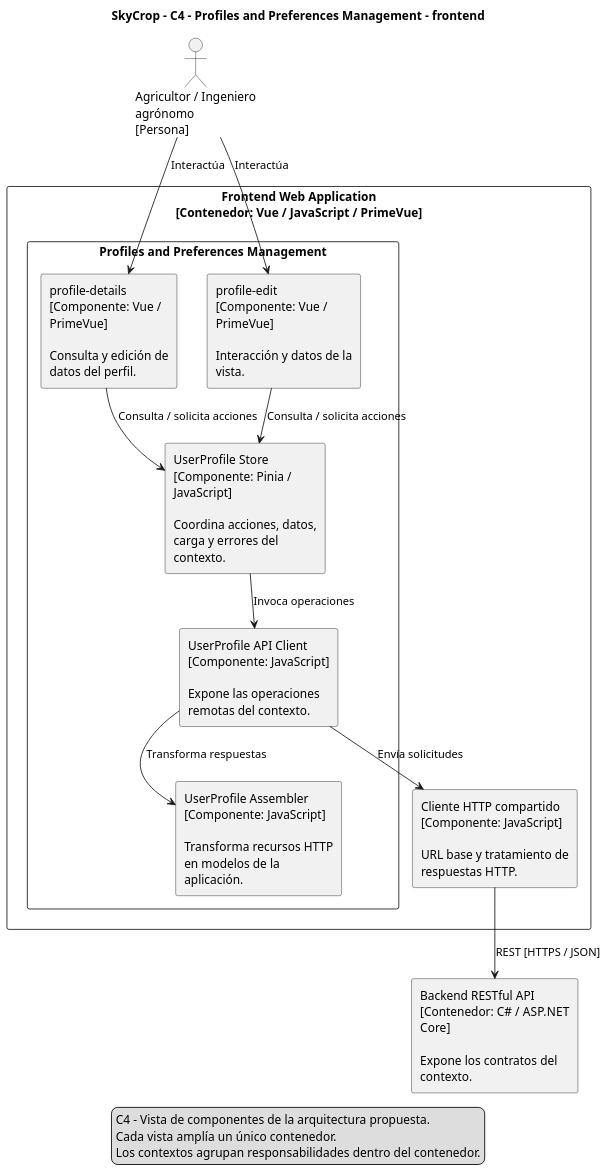
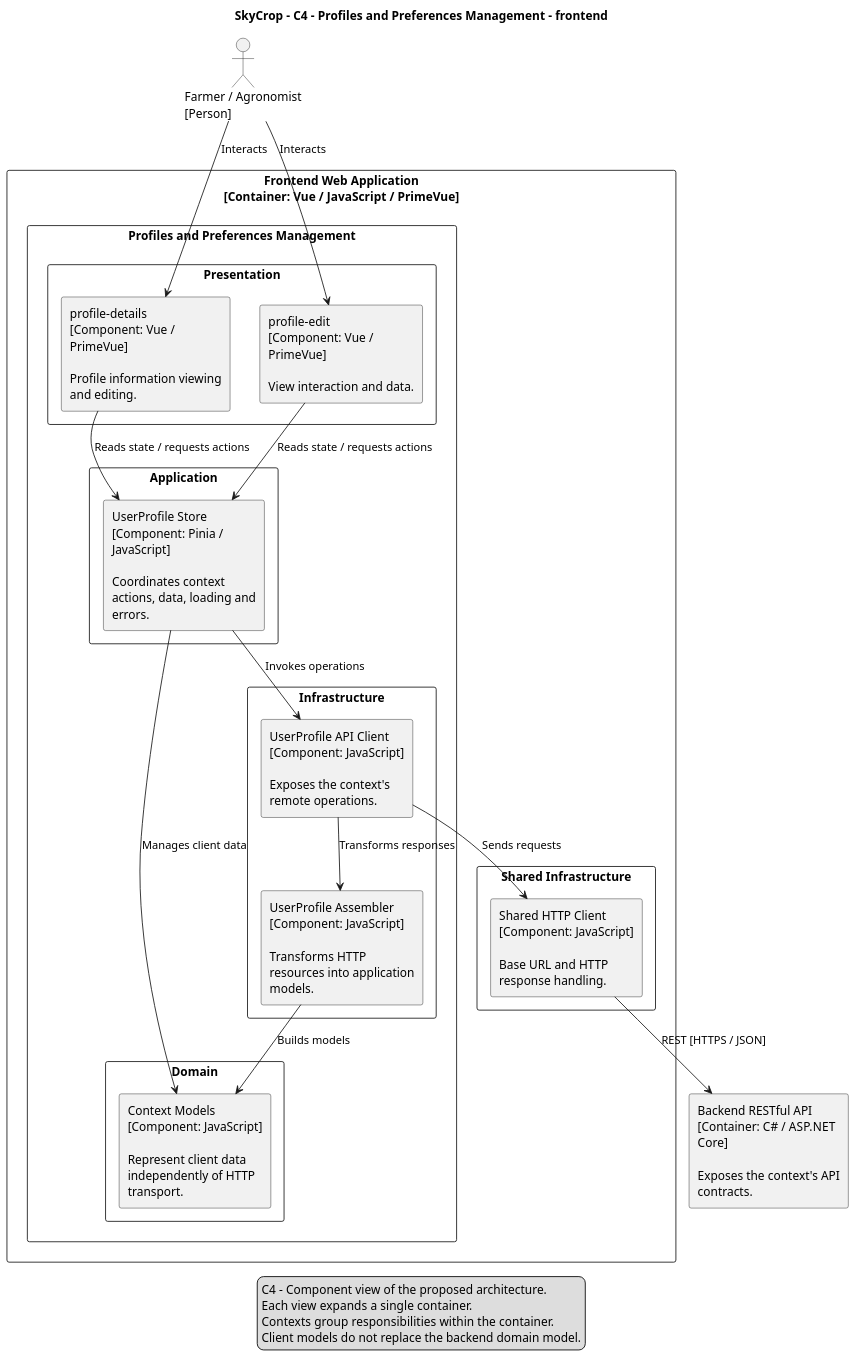
One commit to upc-GreenTech/skycrop-report changed the diagram in resources/imgs/Software Architecture Diagram/contexts/profiles-frontend-components.puml. Above: the diagram before and after it, drawn with PlantUML. The commit also changed 36 other files, not shown here.

Commit message:
feature: organize component diagrams by layer and translate all labels into english.

```diff
--- a/resources/imgs/Software Architecture Diagram/contexts/profiles-frontend-components.puml
+++ b/resources/imgs/Software Architecture Diagram/contexts/profiles-frontend-components.puml
@@ -1,37 +1,51 @@
 @startuml
 skinparam monochrome true
 skinparam shadowing false
 skinparam dpi 120
 skinparam defaultFontName SansSerif
 skinparam componentStyle rectangle
 skinparam wrapWidth 180
 skinparam nodesep 35
 skinparam ranksep 45
 top to bottom direction
 title SkyCrop - C4 - Profiles and Preferences Management - frontend
-actor "Agricultor / Ingeniero agrónomo\n[Persona]" as user
-rectangle "Frontend Web Application\n[Contenedor: Vue / JavaScript / PrimeVue]" {
+actor "Farmer / Agronomist\n[Person]" as user
+rectangle "Frontend Web Application\n[Container: Vue / JavaScript / PrimeVue]" {
 rectangle "Profiles and Preferences Management" {
-component "profile-details\n[Componente: Vue / PrimeVue]\n\nConsulta y edición de datos del perfil." as view0
-component "profile-edit\n[Componente: Vue / PrimeVue]\n\nInteracción y datos de la vista." as view1
-component "UserProfile Store\n[Componente: Pinia / JavaScript]\n\nCoordina acciones, datos, carga y errores del contexto." as state
-component "UserProfile API Client\n[Componente: JavaScript]\n\nExpone las operaciones remotas del contexto." as apiclient
-component "UserProfile Assembler\n[Componente: JavaScript]\n\nTransforma recursos HTTP en modelos de la aplicación." as assembler
+rectangle "Presentation" {
+component "profile-details\n[Component: Vue / PrimeVue]\n\nProfile information viewing and editing." as view0
+component "profile-edit\n[Component: Vue / PrimeVue]\n\nView interaction and data." as view1
 }
-component "Cliente HTTP compartido\n[Componente: JavaScript]\n\nURL base y tratamiento de respuestas HTTP." as http
+rectangle "Application" {
+component "UserProfile Store\n[Component: Pinia / JavaScript]\n\nCoordinates context actions, data, loading and errors." as state
 }
-component "Backend RESTful API\n[Contenedor: C# / ASP.NET Core]\n\nExpone los contratos del contexto." as api
-user --> view0 : Interactúa
-view0 --> state : Consulta / solicita acciones
-user --> view1 : Interactúa
-view1 --> state : Consulta / solicita acciones
-state --> apiclient : Invoca operaciones
-apiclient --> assembler : Transforma respuestas
-apiclient --> http : Envía solicitudes
+rectangle "Domain" {
+component "Context Models\n[Component: JavaScript]\n\nRepresent client data independently of HTTP transport." as model
+}
+rectangle "Infrastructure" {
+component "UserProfile API Client\n[Component: JavaScript]\n\nExposes the context's remote operations." as apiclient
+component "UserProfile Assembler\n[Component: JavaScript]\n\nTransforms HTTP resources into application models." as assembler
+}
+}
+rectangle "Shared Infrastructure" {
+component "Shared HTTP Client\n[Component: JavaScript]\n\nBase URL and HTTP response handling." as http
+}
+}
+component "Backend RESTful API\n[Container: C# / ASP.NET Core]\n\nExposes the context's API contracts." as api
+user --> view0 : Interacts
+view0 --> state : Reads state / requests actions
+user --> view1 : Interacts
+view1 --> state : Reads state / requests actions
+state --> apiclient : Invokes operations
+state --> model : Manages client data
+assembler --> model : Builds models
+apiclient --> assembler : Transforms responses
+apiclient --> http : Sends requests
 http --> api : REST [HTTPS / JSON]
 legend bottom
-C4 - Vista de componentes de la arquitectura propuesta.
-Cada vista amplía un único contenedor.
-Los contextos agrupan responsabilidades dentro del contenedor.
+C4 - Component view of the proposed architecture.
+Each view expands a single container.
+Contexts group responsibilities within the container.
+Client models do not replace the backend domain model.
 endlegend
 @enduml
```
